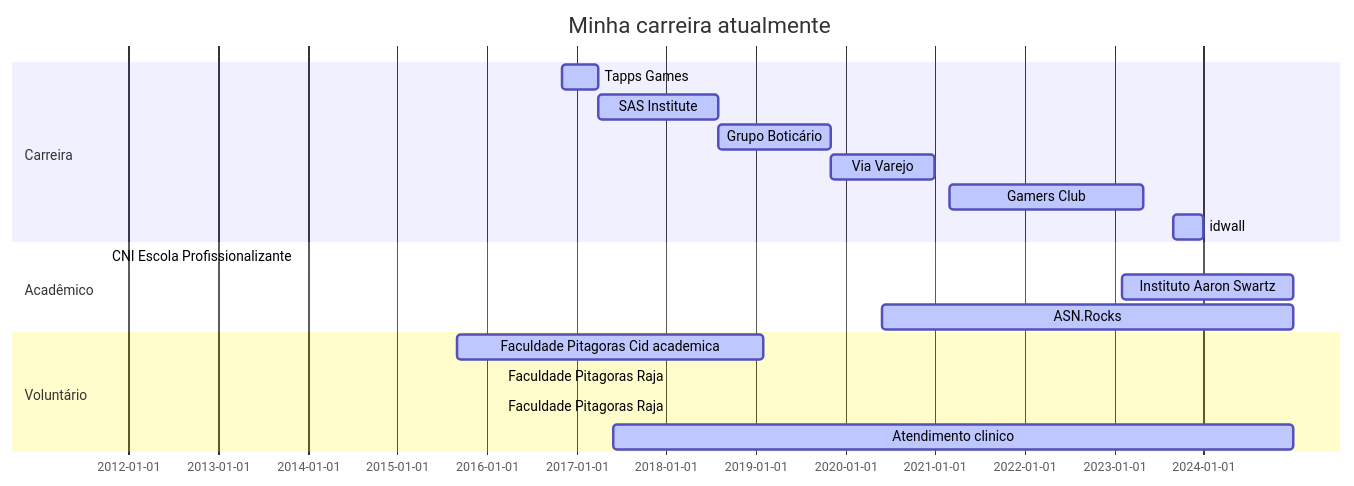
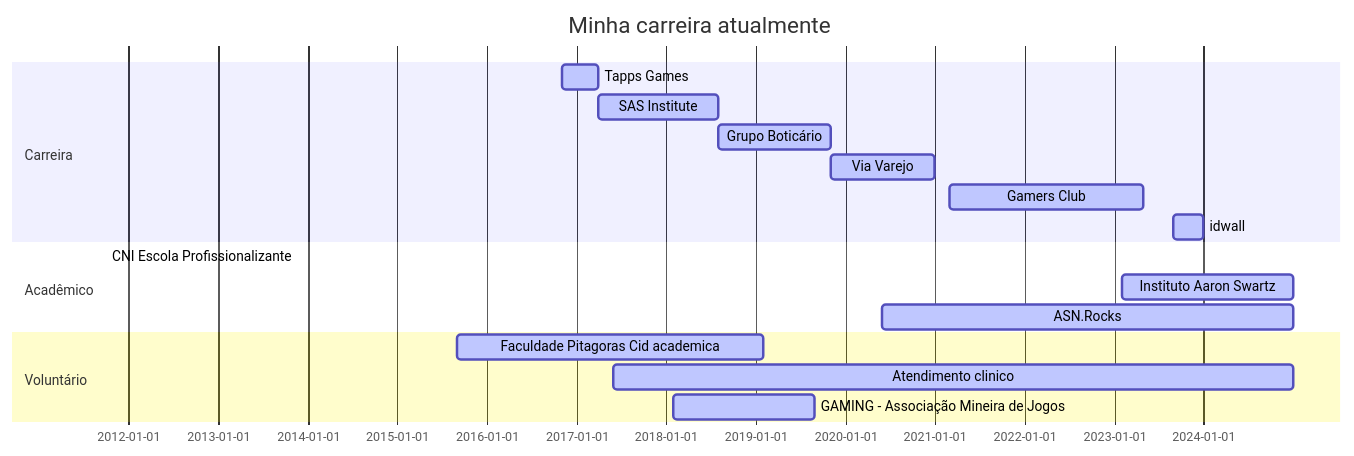
The diagram in README.md (Ridd1kulusC0d3r/Ridd1kulusC0d3r), drawn with Mermaid before and after one commit.

````diff
--- a/README.md
+++ b/README.md
@@ -9,25 +9,24 @@
 ```mermaid
 
 gantt
 dateFormat  YYYY-MM-DD
 title Minha carreira atualmente
 
 section Carreira
 Tapps Games           :active,, 2016-11-01,2017-04-01
 SAS Institute         :active,, 2017-04-01,2018-08-01
 Grupo Boticário       :active,, 2018-08-01,2019-11-01
 Via Varejo            :active,, 2019-11-01,2021-01-01
 Gamers Club           :active,, 2021-03-01,2023-05-01
 idwall                :active,, 2023-09-01,2023-12-31
 
 section Acadêmico
 CNI Escola Profissionalizante            :active,, 2011-10-01,2012-02-31
 Instituto Aaron Swartz :active,, 2023-02-01,2024-12-31
 ASN.Rocks              :active,, 2020-06-01,2024-12-31
 
 section Voluntário
 Faculdade Pitagoras Cid academica :active,, 2015-09-01,2019-01-31
-Faculdade Pitagoras Raja :active,, 2016-03-01,2018-04-31
-Faculdade Pitagoras Raja   :active,, 2016-03-01,2018-04-31
 Atendimento clinico    :active,, 2017-06-01,2024-12-31
+GAMING - Associação Mineira de Jogos :active,, 2018-02-01,2019-08-31
 ```
````
